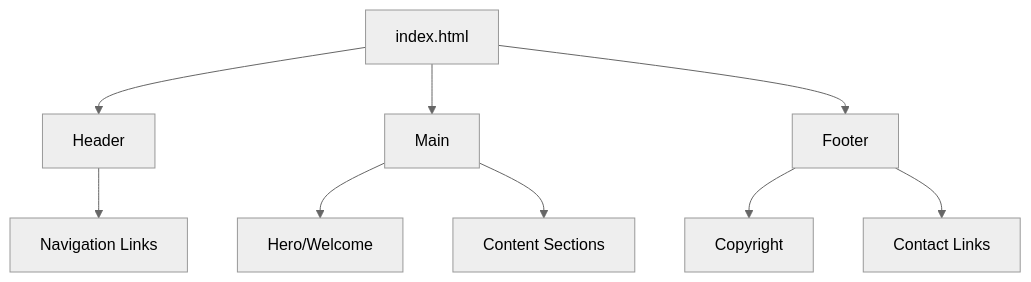
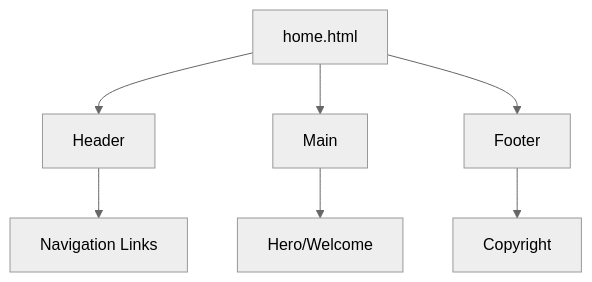
The second of 2 diagrams in specs/003-home-page-html/plan.md (bonggalshn/project_colossus), drawn with Mermaid (neutral theme) before and after one commit. The commit also changed other lines of this file and 2 other files, not shown here.

Commit message:
feat: Update constitution and documentation for module organization; refine home page implementation plan and tasks

````diff
--- a/specs/003-home-page-html/plan.md
+++ b/specs/003-home-page-html/plan.md
@@ -81,11 +78,9 @@
 ```mermaid
 graph TD
-    A[index.html] --> B[Header]
-    A --> C[Main]
-    A --> D[Footer]
-    B --> E[Navigation Links]
-    C --> F[Hero/Welcome]
-    C --> G[Content Sections]
-    D --> H[Copyright]
-    D --> I[Contact Links]
+    home[home.html] --> header[Header]
+    home[home.html] --> main[Main]
+    home[home.html] --> footer[Footer]
+    header --> nav[Navigation Links]
+    main --> hero[Hero/Welcome]
+    footer --> copyright[Copyright]
 ```
````
